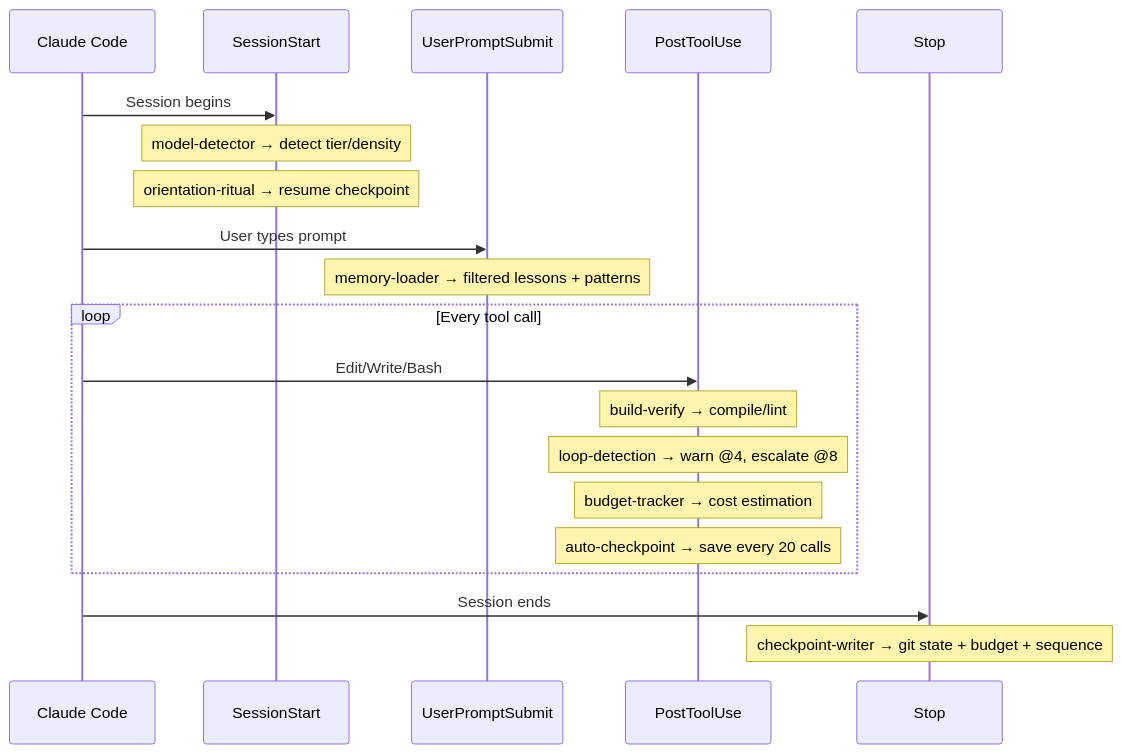
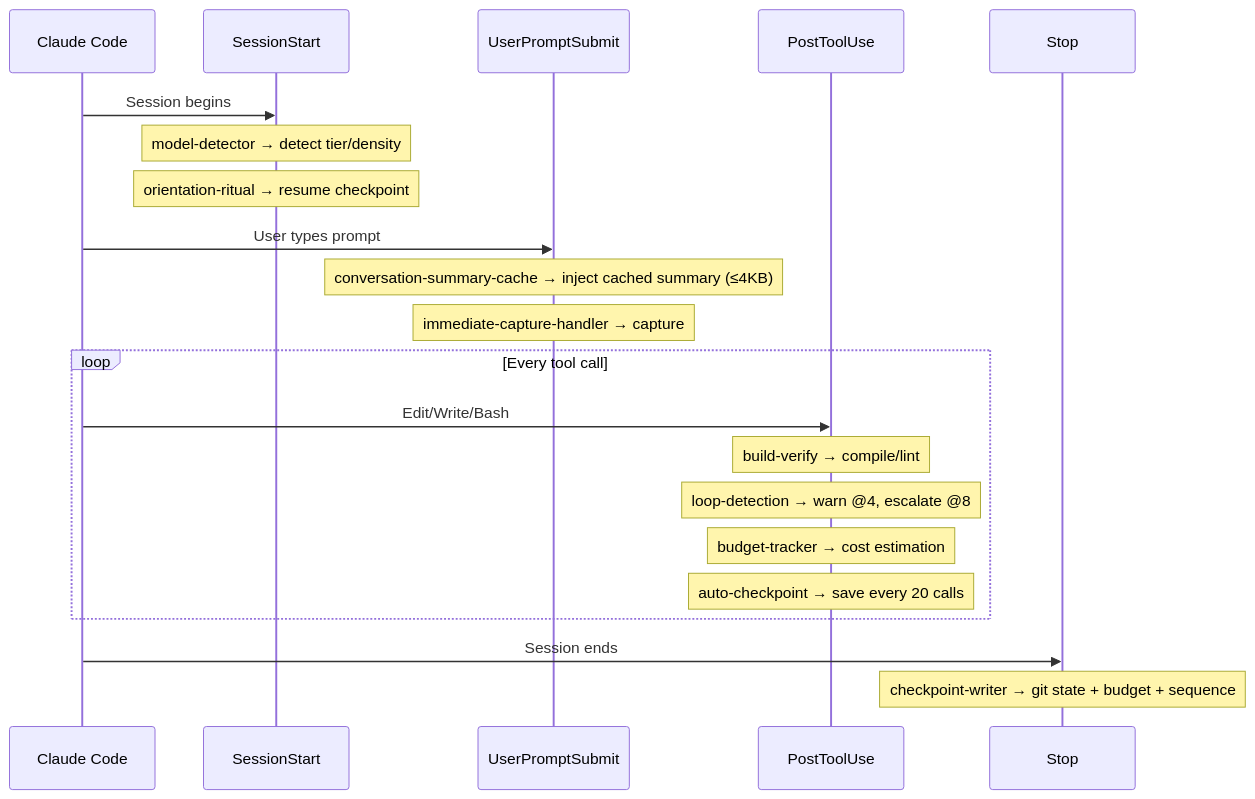
One commit to ngocsangyem/MeowKit changed the second of 2 diagrams in website/guide/understanding-the-harness.md. Above: the diagram before and after it, drawn with Mermaid. The commit also changed other lines of this file and 16 other files, not shown here.

````diff
--- a/website/guide/understanding-the-harness.md
+++ b/website/guide/understanding-the-harness.md
@@ -96,26 +96,27 @@
 ```mermaid
 sequenceDiagram
     participant CC as Claude Code
     participant SS as SessionStart
     participant UP as UserPromptSubmit
     participant PT as PostToolUse
     participant ST as Stop
 
     CC->>SS: Session begins
     Note over SS: model-detector → detect tier/density
     Note over SS: orientation-ritual → resume checkpoint
 
     CC->>UP: User types prompt
-    Note over UP: memory-loader → filtered lessons + patterns
+    Note over UP: conversation-summary-cache → inject cached summary (≤4KB)
+    Note over UP: immediate-capture-handler → capture ##prefix messages
 
     loop Every tool call
         CC->>PT: Edit/Write/Bash
         Note over PT: build-verify → compile/lint
         Note over PT: loop-detection → warn @4, escalate @8
         Note over PT: budget-tracker → cost estimation
         Note over PT: auto-checkpoint → save every 20 calls
     end
 
     CC->>ST: Session ends
     Note over ST: checkpoint-writer → git state + budget + sequence
 ```
````
